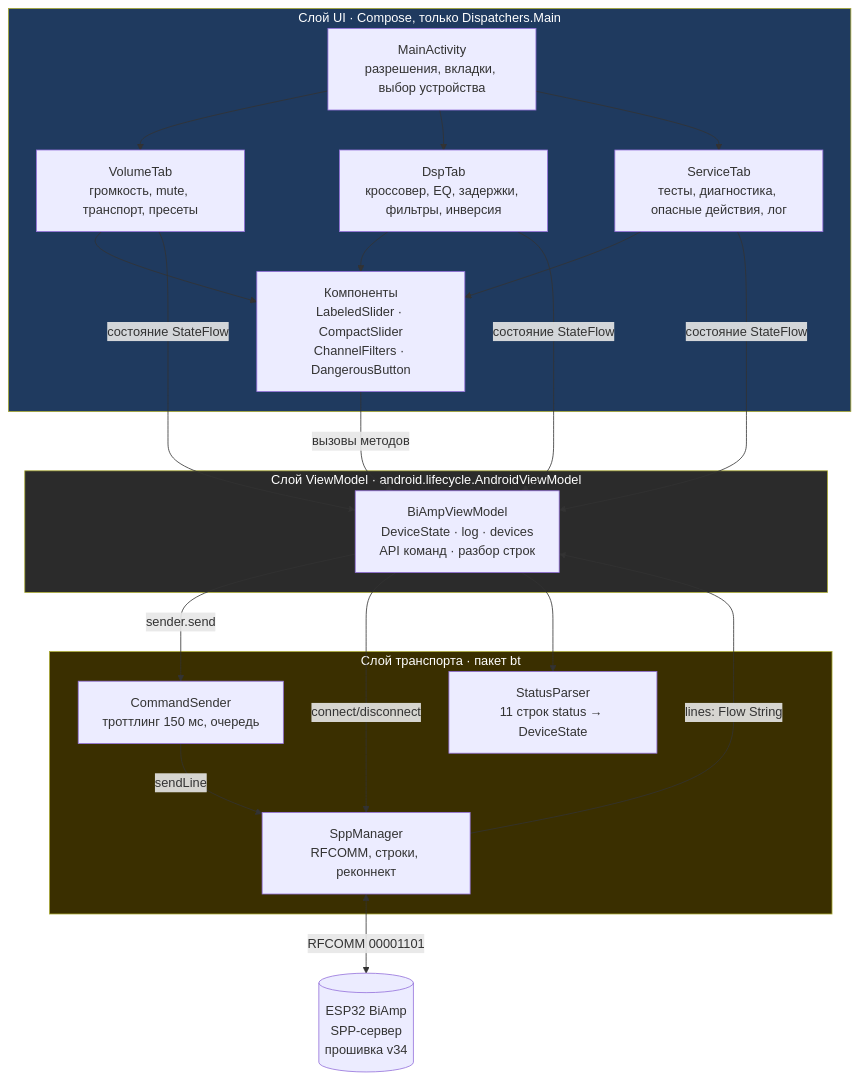
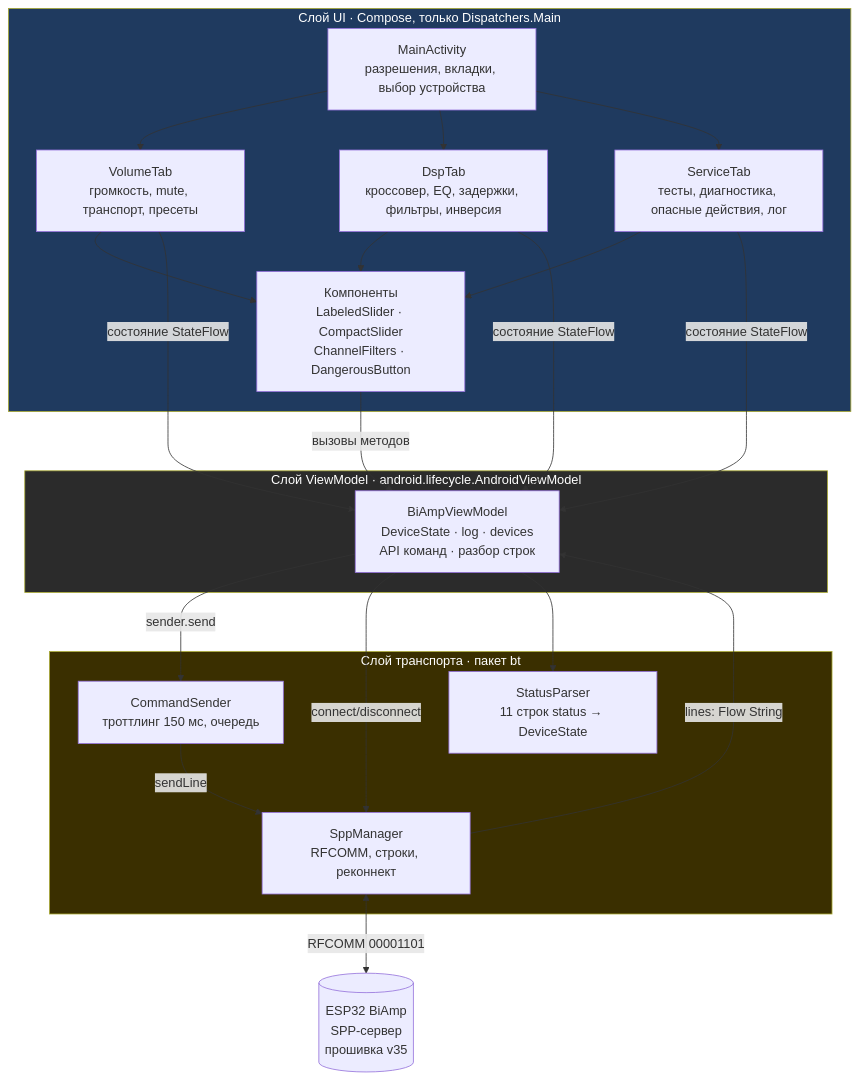
The first of 4 diagrams in android-app/docs/DOCUMENTATION.md (ZDarow/esp32-biamp), drawn with Mermaid before and after one commit. The commit also changed other lines of this file and 37 other files, not shown here.

````diff
--- a/android-app/docs/DOCUMENTATION.md
+++ b/android-app/docs/DOCUMENTATION.md
@@ -72,41 +73,41 @@
 ```mermaid
 flowchart TB
     subgraph UI["Слой UI · Compose, только Dispatchers.Main"]
         MA["MainActivity<br/>разрешения, вкладки, выбор устройства"]
         VT["VolumeTab<br/>громкость, mute, транспорт, пресеты"]
         DT["DspTab<br/>кроссовер, EQ, задержки, фильтры, инверсия"]
         ST["ServiceTab<br/>тесты, диагностика, опасные действия, лог"]
         CMP["Компоненты<br/>LabeledSlider · CompactSlider<br/>ChannelFilters · DangerousButton"]
         MA --> VT
         MA --> DT
         MA --> ST
         VT --> CMP
         DT --> CMP
         ST --> CMP
     end
 
     subgraph VM["Слой ViewModel · android.lifecycle.AndroidViewModel"]
         VMM["BiAmpViewModel<br/>DeviceState · log · devices<br/>API команд · разбор строк"]
     end
 
     subgraph BT["Слой транспорта · пакет bt"]
         SM["SppManager<br/>RFCOMM, строки, реконнект"]
         CS["CommandSender<br/>троттлинг 150 мс, очередь"]
         SP["StatusParser<br/>11 строк status → DeviceState"]
     end
 
-    ESP[("ESP32 BiAmp<br/>SPP-сервер<br/>прошивка v34")]
+    ESP[("ESP32 BiAmp<br/>SPP-сервер<br/>прошивка v35")]
 
     VT & DT & ST -->|состояние StateFlow| VMM
     CMP -->|вызовы методов| VMM
     VMM -->|sender.send| CS
     CS -->|sendLine| SM
     VMM -->|connect/disconnect| SM
     SM -->|lines: Flow String| VMM
     VMM --> SP
     SM <-->|RFCOMM 00001101| ESP
 
     style UI fill:#1f3a5f,color:#fff
     style VM fill:#2b2b2b,color:#fff
     style BT fill:#3a2f00,color:#fff
 ```
````
